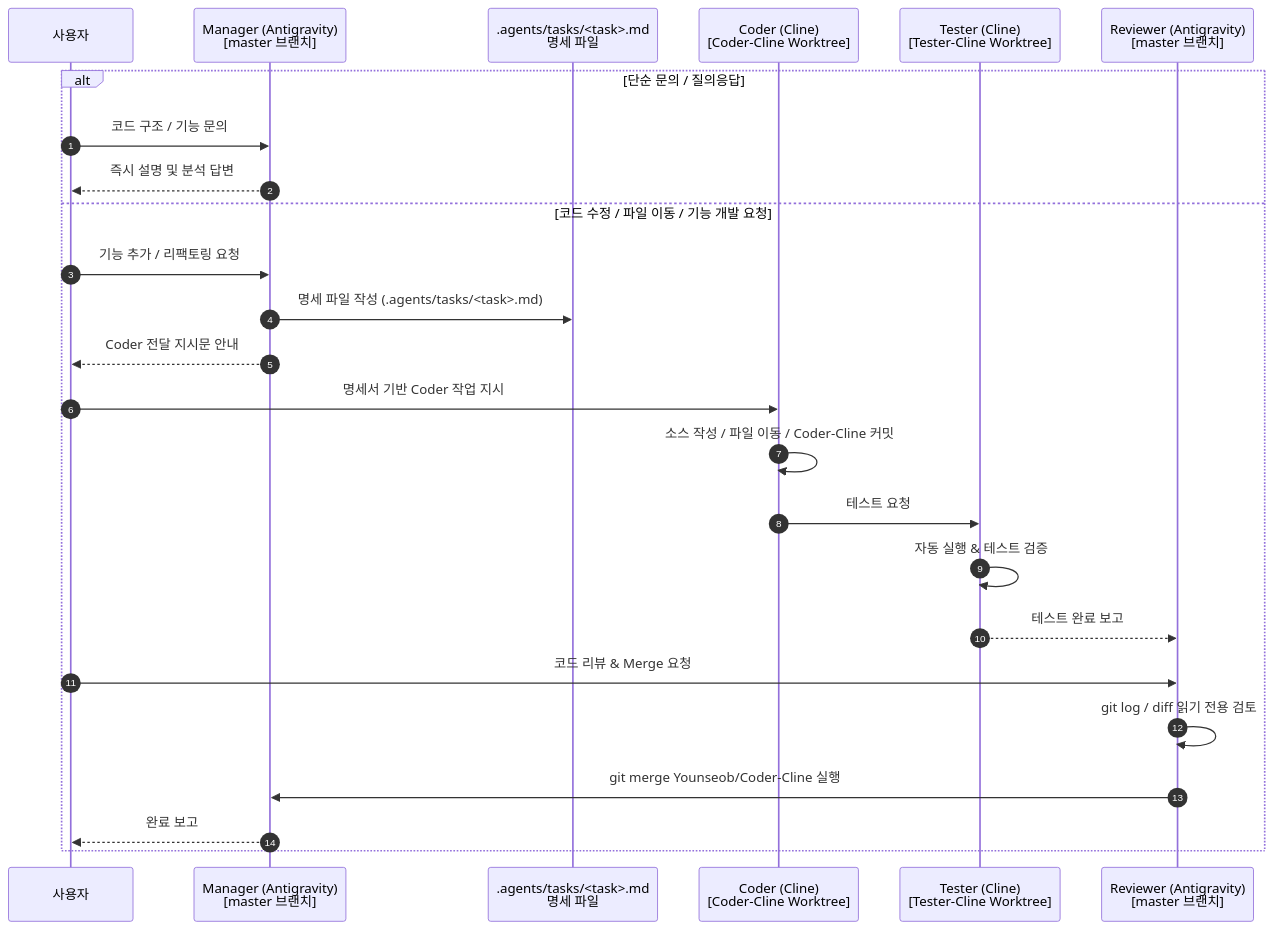
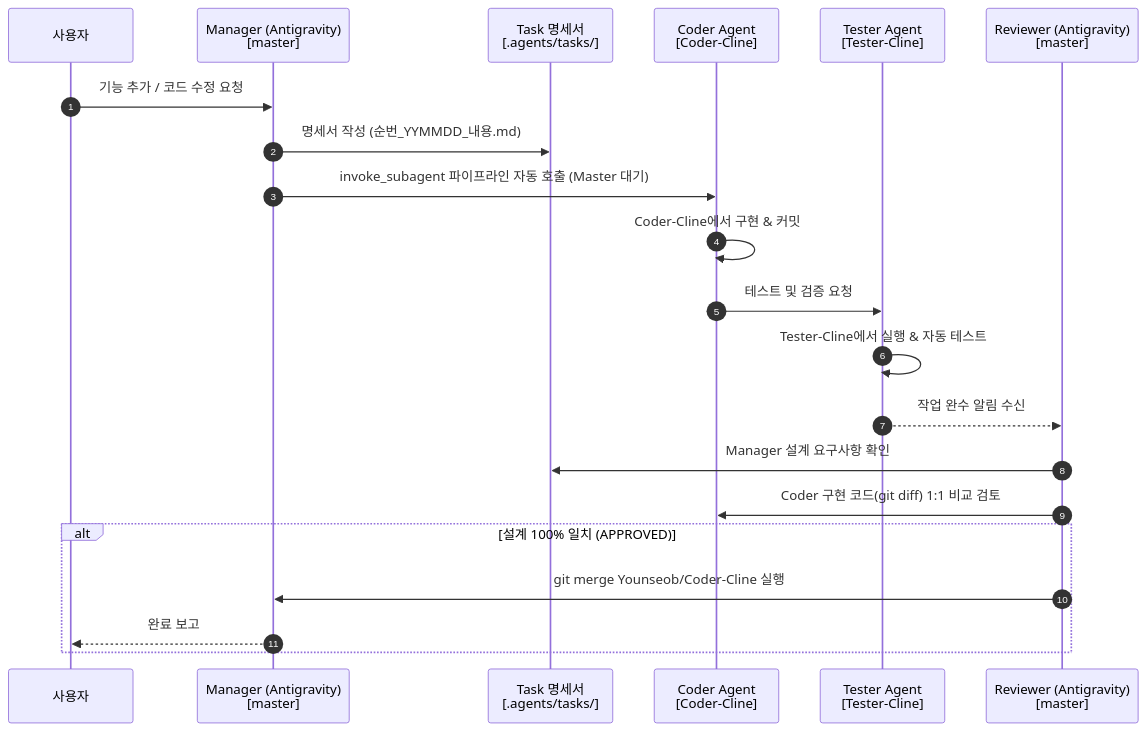
One commit to Younseob/my_stock_auto changed the diagram in AGENTS.md. Above: the diagram before and after it, drawn with Mermaid. The commit also changed other lines of this file and 1 other file, not shown here.

Commit message:
docs(governance): setup end-to-end orchestration rules (Master -> Coder -> Tester -> Reviewer)

````diff
--- a/AGENTS.md
+++ b/AGENTS.md
@@ -45,28 +34,26 @@
 ```mermaid
 sequenceDiagram
     autonumber
     participant User as 사용자
-    participant Manager as Manager (Antigravity)<br/>[master 브랜치]
-    participant Task as .agents/tasks/<task>.md<br/>명세 파일
-    participant Coder as Coder (Cline)<br/>[Coder-Cline Worktree]
-    participant Tester as Tester (Cline)<br/>[Tester-Cline Worktree]
-    participant Reviewer as Reviewer (Antigravity)<br/>[master 브랜치]
+    participant Manager as Manager (Antigravity)<br/>[master]
+    participant Task as Task 명세서<br/>[.agents/tasks/]
+    participant Coder as Coder Agent<br/>[Coder-Cline]
+    participant Tester as Tester Agent<br/>[Tester-Cline]
+    participant Reviewer as Reviewer (Antigravity)<br/>[master]
 
-    alt 단순 문의 / 질의응답
-        User->>Manager: 코드 구조 / 기능 문의
-        Manager-->>User: 즉시 설명 및 분석 답변
-    else 코드 수정 / 파일 이동 / 기능 개발 요청
-        User->>Manager: 기능 추가 / 리팩토링 요청
-        Manager->>Task: 명세 파일 작성 (.agents/tasks/<task>.md)
-        Manager-->>User: Coder 전달 지시문 안내
-        User->>Coder: 명세서 기반 Coder 작업 지시
-        Coder->>Coder: 소스 작성 / 파일 이동 / Coder-Cline 커밋
-        Coder->>Tester: 테스트 요청
-        Tester->>Tester: 자동 실행 & 테스트 검증
-        Tester-->>Reviewer: 테스트 완료 보고
-        User->>Reviewer: 코드 리뷰 & Merge 요청
-        Reviewer->>Reviewer: git log / diff 읽기 전용 검토
+    User->>Manager: 기능 추가 / 코드 수정 요청
+    Manager->>Task: 명세서 작성 (순번_YYMMDD_내용.md)
+    Manager->>Coder: invoke_subagent 파이프라인 자동 호출 (Master 대기)
+
+    Coder->>Coder: Coder-Cline에서 구현 & 커밋
+    Coder->>Tester: 테스트 및 검증 요청
+    Tester->>Tester: Tester-Cline에서 실행 & 자동 테스트
+    Tester-->>Reviewer: 작업 완수 알림 수신
+
+    Reviewer->>Task: Manager 설계 요구사항 확인
+    Reviewer->>Coder: Coder 구현 코드(git diff) 1:1 비교 검토
+    alt 설계 100% 일치 (APPROVED)
         Reviewer->>Manager: git merge Younseob/Coder-Cline 실행
         Manager-->>User: 완료 보고
     end
 ```
````
